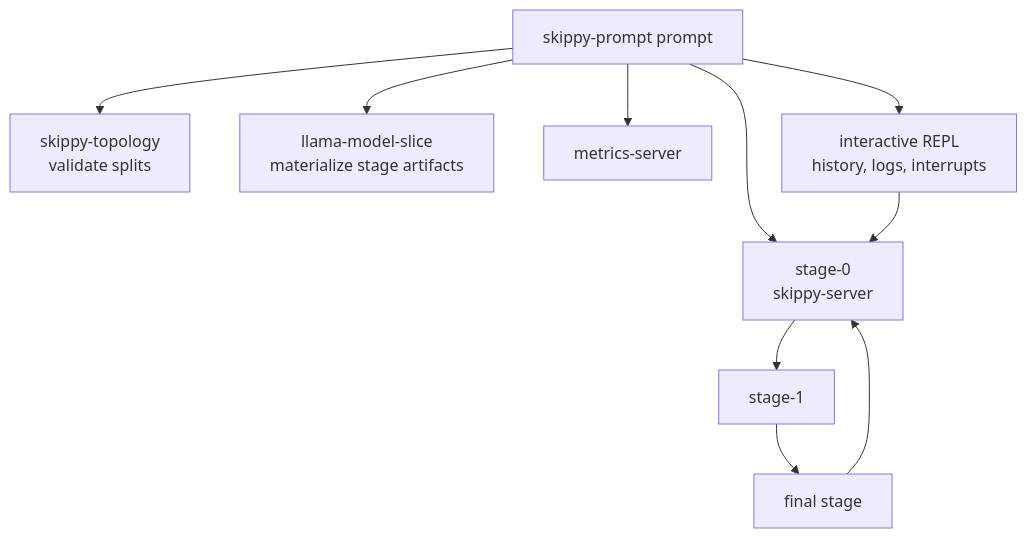
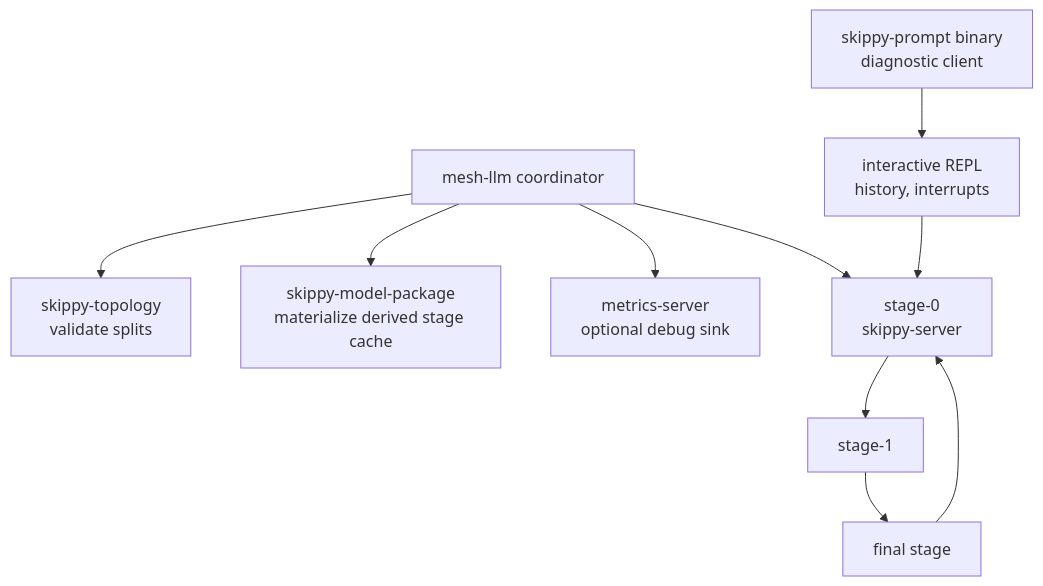
One commit to michaelneale/mesh-llm changed the first of 2 diagrams in crates/skippy-prompt/README.md. Above: the diagram before and after it, drawn with Mermaid. The commit also changed other lines of this file and 16 other files, not shown here.

Commit message:
Refactor documentation across crates for mesh-driven architecture, OpenAI API integration, and staged runtime updates.

````diff
--- a/crates/skippy-prompt/README.md
+++ b/crates/skippy-prompt/README.md
@@ -17,12 +17,12 @@
 ```mermaid
 flowchart TB
-    CLI["skippy-prompt prompt"] --> Plan["skippy-topology<br/>validate splits"]
-    CLI --> Slice["llama-model-slice<br/>materialize stage artifacts"]
-    CLI --> Metrics["metrics-server"]
-    CLI --> S0["stage-0<br/>skippy-server"]
+    Mesh["mesh-llm coordinator"] --> Plan["skippy-topology<br/>validate splits"]
+    Mesh --> Slice["skippy-model-package<br/>materialize derived stage cache"]
+    Mesh --> Metrics["metrics-server<br/>optional debug sink"]
+    Mesh --> S0["stage-0<br/>skippy-server"]
     S0 --> S1["stage-1"]
     S1 --> SF["final stage"]
-    CLI --> REPL["interactive REPL<br/>history, logs, interrupts"]
+    CLI["skippy-prompt binary<br/>diagnostic client"] --> REPL["interactive REPL<br/>history, interrupts"]
     REPL --> S0
     SF --> S0
 ```
````
